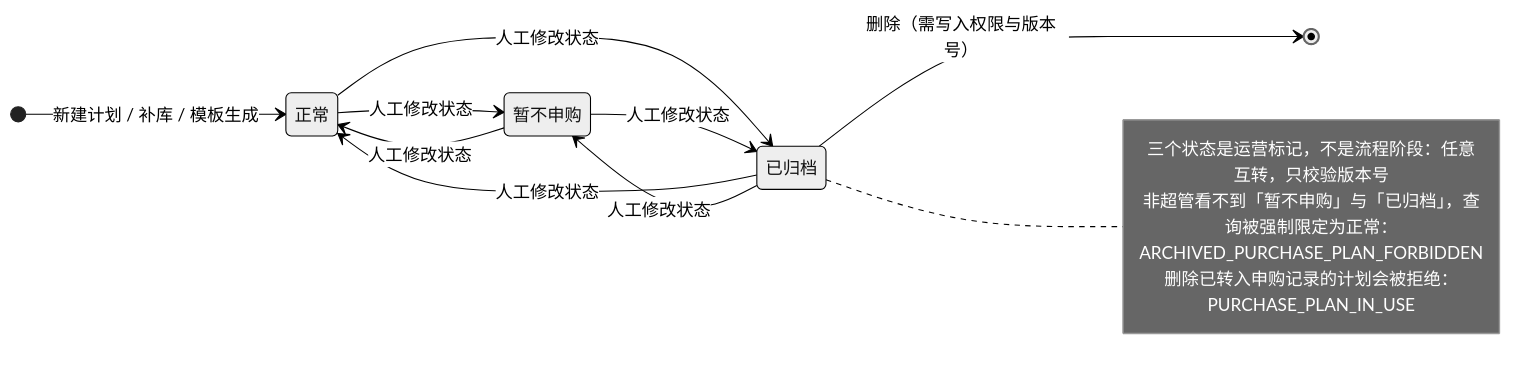
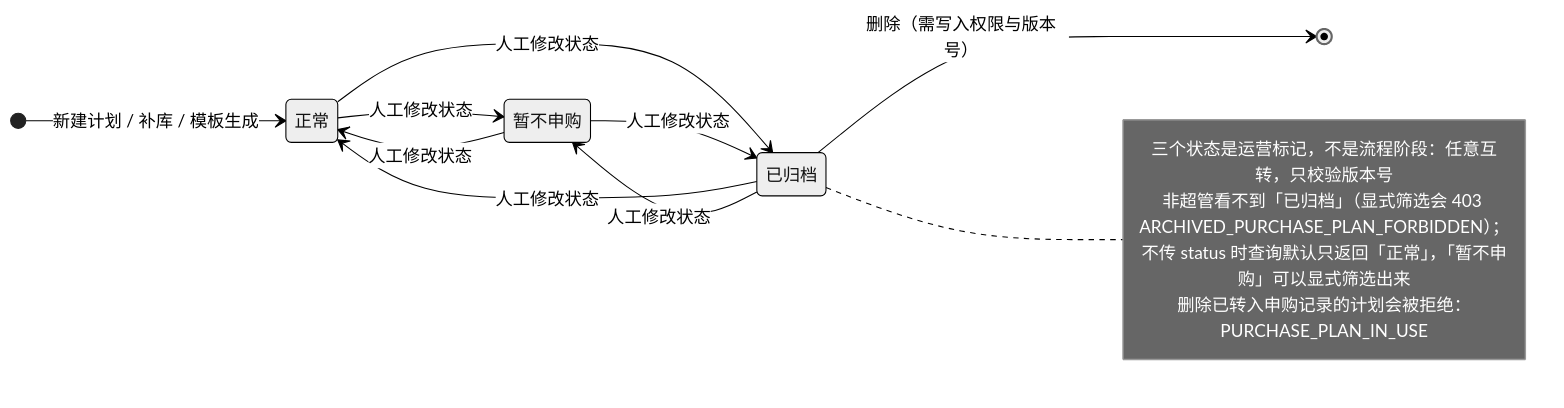
The second of 23 diagrams in docs/websites/pages/dev-state-machines.md (Sakana-1314/Electrical-Manager), drawn with Mermaid (neutral theme) before and after one commit. The commit also changed other lines of this file and 7 other files, not shown here.

````diff
--- a/docs/websites/pages/dev-state-machines.md
+++ b/docs/websites/pages/dev-state-machines.md
@@ -44,17 +44,18 @@
 ```mermaid
 stateDiagram-v2
     direction LR
     [*] --> 正常 : 新建计划 / 补库 / 模板生成
     正常 --> 暂不申购 : 人工修改状态
     暂不申购 --> 正常 : 人工修改状态
     正常 --> 已归档 : 人工修改状态
     已归档 --> 正常 : 人工修改状态
     暂不申购 --> 已归档 : 人工修改状态
     已归档 --> 暂不申购 : 人工修改状态
     已归档 --> [*] : 删除（需写入权限与版本号）
     note right of 已归档
         三个状态是运营标记，不是流程阶段：任意互转，只校验版本号
-        非超管看不到「暂不申购」与「已归档」，查询被强制限定为正常：ARCHIVED_PURCHASE_PLAN_FORBIDDEN
+        非超管看不到「已归档」（显式筛选会 403 ARCHIVED_PURCHASE_PLAN_FORBIDDEN）；
+        不传 status 时查询默认只返回「正常」，「暂不申购」可以显式筛选出来
         删除已转入申购记录的计划会被拒绝：PURCHASE_PLAN_IN_USE
     end note
 ```
````
